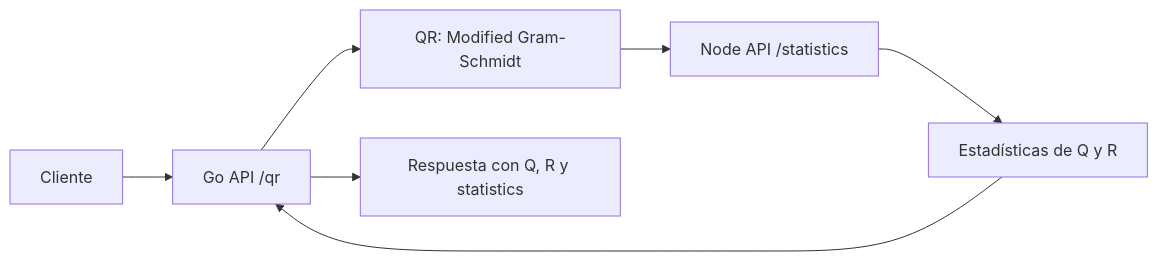
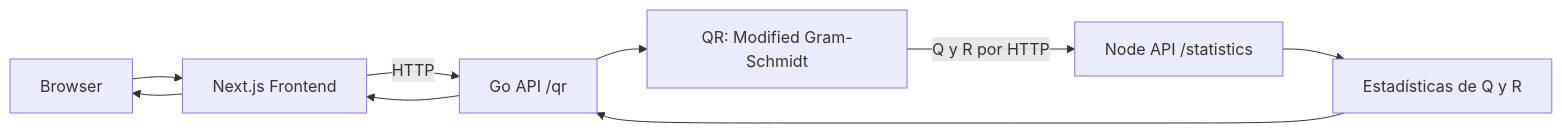
Before and after one commit to pav-dev98/interseguro-challenge: the diagram in README.md, drawn with Mermaid. The commit also changed other lines of this file, not shown here.

````diff
--- a/README.md
+++ b/README.md
@@ -7,9 +7,11 @@
 ```mermaid
 flowchart LR
-    C[Cliente] --> G[Go API /qr]
+    B[Browser] --> F[Next.js Frontend]
+    F -->|HTTP| G[Go API /qr]
     G --> Q[QR: Modified Gram-Schmidt]
-    Q --> N[Node API /statistics]
+    Q -->|Q y R por HTTP| N[Node API /statistics]
     N --> S[Estadísticas de Q y R]
     S --> G
-    G --> R[Respuesta con Q, R y statistics]
+    G --> F
+    F --> B
 ```
````
